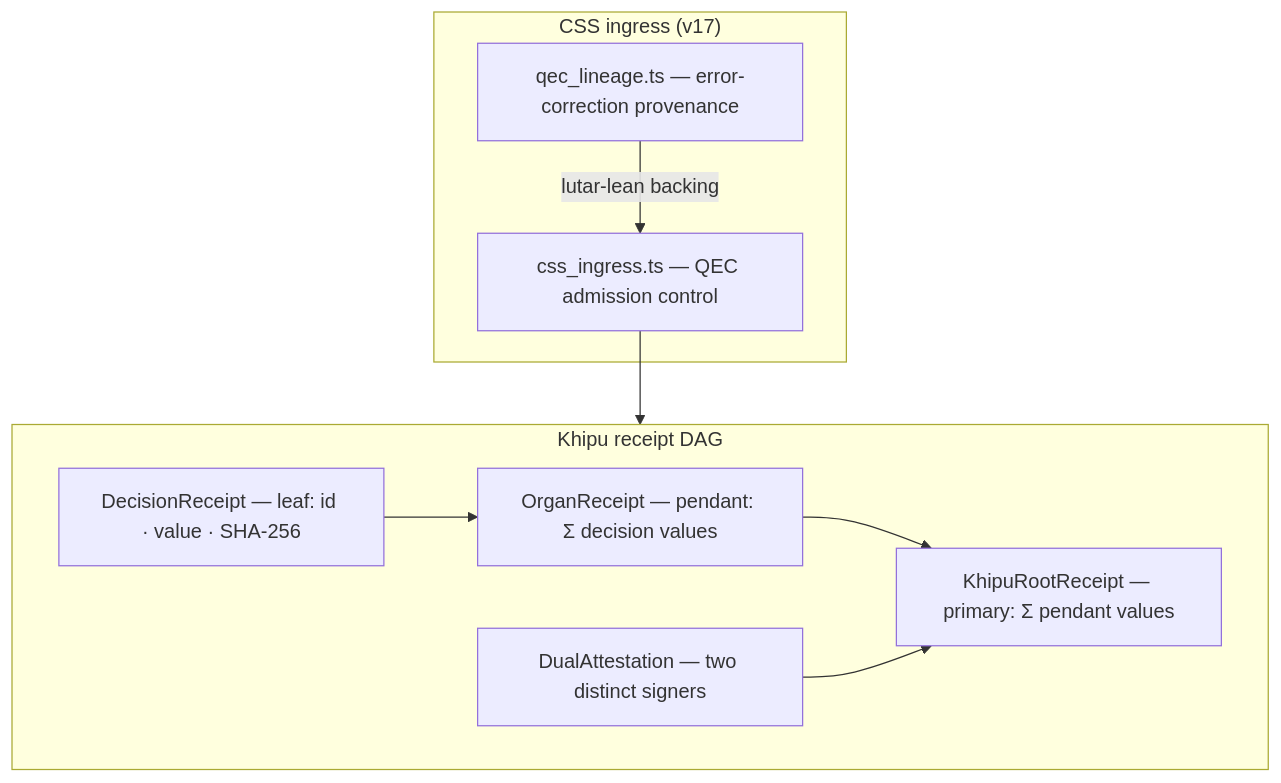
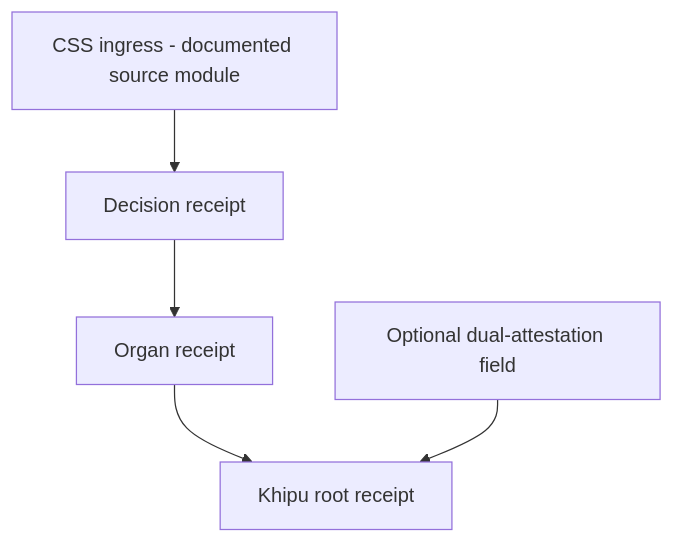
Before and after one commit to szl-holdings/docs-site: the diagram in docs/flagships/operator.md, drawn with Mermaid. The commit also changed other lines of this file and 99 other files, not shown here.

````diff
--- a/docs/flagships/operator.md
+++ b/docs/flagships/operator.md
@@ -27,17 +18,7 @@
 ```mermaid
 flowchart TD
-    subgraph Ingress["CSS ingress (v17)"]
-        CI[css_ingress.ts — QEC admission control]
-        QL[qec_lineage.ts — error-correction provenance]
-    end
-    subgraph DAG["Khipu receipt DAG"]
-        DR[DecisionReceipt — leaf: id · value · SHA-256]
-        OR[OrganReceipt — pendant: Σ decision values]
-        KR[KhipuRootReceipt — primary: Σ pendant values]
-        DA[DualAttestation — two distinct signers]
-    end
-    CI --> DAG
-    QL -->|lutar-lean backing| CI
-    DR --> OR --> KR
-    DA --> KR
+    CI["CSS ingress - documented source module"] --> DR["Decision receipt"]
+    DR --> OR["Organ receipt"]
+    OR --> KR["Khipu root receipt"]
+    DA["Optional dual-attestation field"] --> KR
 ```
````
